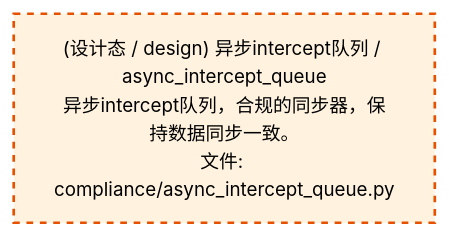
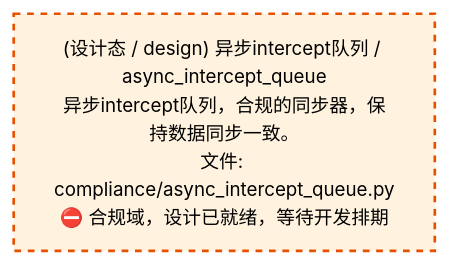
Before and after one commit to xuanFelixVan/ZephyrAlpha: the third of 4 diagrams in docs/02_enterprise_architecture/02_domain_architecture_docs/38_d_compliance.md, drawn with Mermaid. The commit also changed other lines of this file and 50 other files, not shown here.

````diff
--- a/docs/02_enterprise_architecture/02_domain_architecture_docs/38_d_compliance.md
+++ b/docs/02_enterprise_architecture/02_domain_architecture_docs/38_d_compliance.md
@@ -109,10 +109,10 @@
 ```mermaid
 %%{init: {'theme': 'base', 'themeVariables': {'primaryColor': '#eaeaea', 'primaryTextColor': '#333333', 'primaryBorderColor': '#666666', 'lineColor': '#666666', 'secondaryColor': '#eaeaea', 'tertiaryColor': '#eaeaea', 'fontSize': '14px'}}}%%
 flowchart TD
-    src_zephyr_compliance_async_intercept_queue_py["(设计态 / design) 异步intercept队列 / async_intercept_queue<br/>异步intercept队列，合规的同步器，保持数据同步一致。<br/>文件: compliance/async_intercept_queue.py"]
+    src_zephyr_compliance_async_intercept_queue_py["(设计态 / design) 异步intercept队列 / async_intercept_queue<br/>异步intercept队列，合规的同步器，保持数据同步一致。<br/>文件: compliance/async_intercept_queue.py<br/>⛔ 合规域，设计已就绪，等待开发排期"]
     classDef production fill:#e1f5fe,stroke:#01579b,stroke-width:2px,color:#000
     classDef design fill:#fff3e0,stroke:#e65100,stroke-width:2px,color:#000,stroke-dasharray: 5 5
     classDef external_prod fill:#e8f4fd,stroke:#0277bd,stroke-width:1px,color:#000
     classDef external_design fill:#fff8e7,stroke:#ef6c00,stroke-width:1px,color:#000,stroke-dasharray: 5 5
     class src_zephyr_compliance_async_intercept_queue_py design
 ```
````
